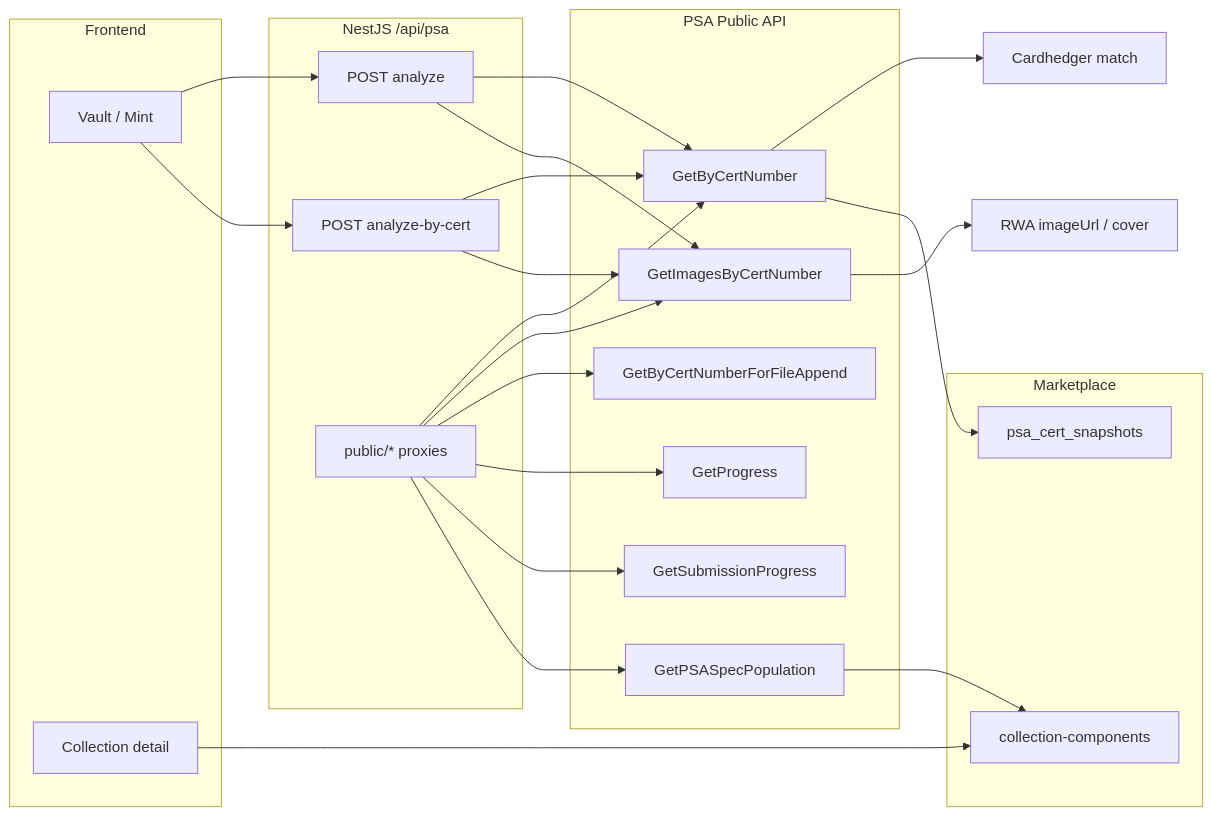
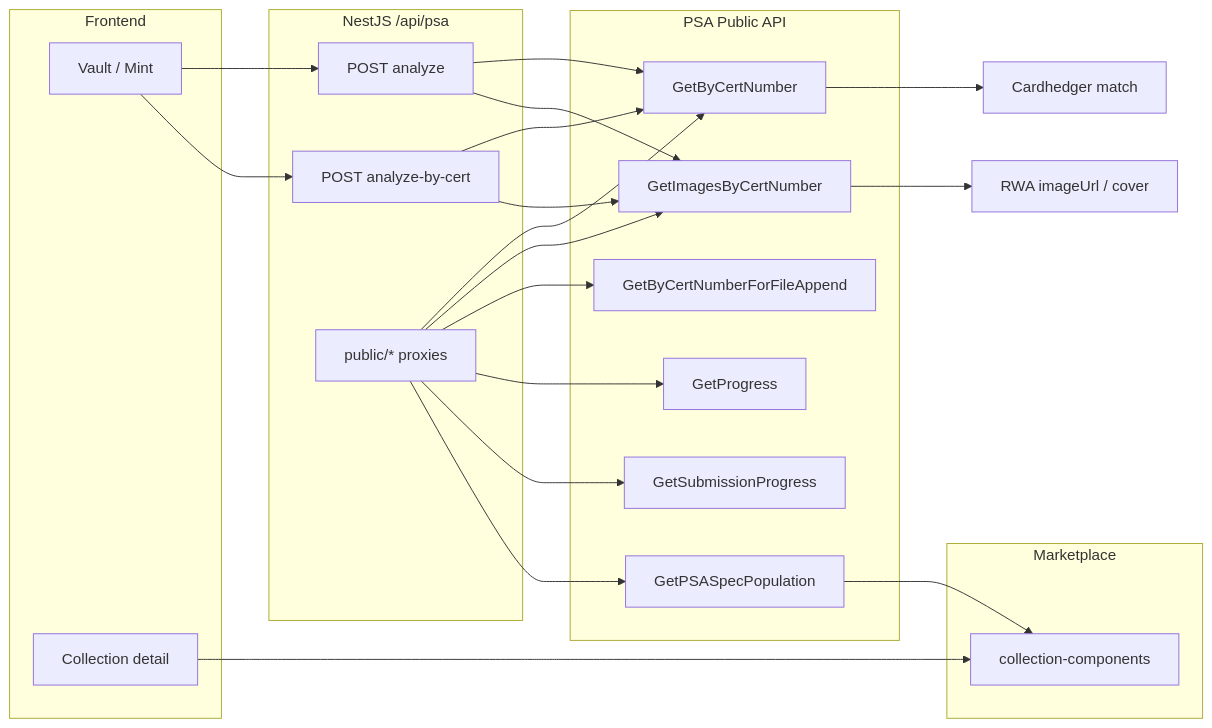
The diagram in docs/api/psa.md (tokenable-dev/tokenable-dev), drawn with Mermaid before and after one commit. The commit also changed other lines of this file and 512 other files, not shown here.

````diff
--- a/docs/api/psa.md
+++ b/docs/api/psa.md
@@ -14,41 +14,39 @@
 ```mermaid
 flowchart LR
   subgraph client [Frontend]
     V[Vault / Mint]
     CD[Collection detail]
   end
   subgraph tokenable [NestJS /api/psa]
     A[POST analyze]
     B[POST analyze-by-cert]
     P[public/* proxies]
   end
   subgraph psa [PSA Public API]
     C1[GetByCertNumber]
     C2[GetImagesByCertNumber]
     C3[GetByCertNumberForFileAppend]
     O1[GetProgress]
     O2[GetSubmissionProgress]
     POP[GetPSASpecPopulation]
   end
   subgraph marketplace [Marketplace]
     CC[collection-components]
-    SNAP[psa_cert_snapshots]
   end
   V --> A
   V --> B
   A --> C1
   A --> C2
   B --> C1
   B --> C2
   P --> C1
   P --> C2
   P --> C3
   P --> O1
   P --> O2
   P --> POP
   C1 --> Cardhedger[Cardhedger match]
   C2 --> RWA[RWA imageUrl / cover]
   POP --> CC
-  C1 --> SNAP
   CD --> CC
 ```
````
